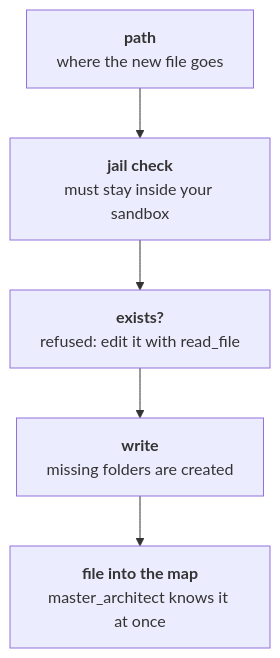
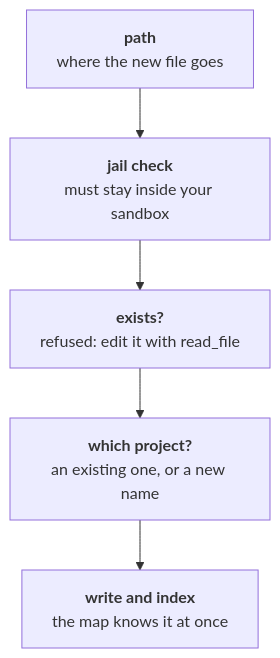
Before and after one commit to itamos-technologia/itamos-mcp-tools: diagram 11 of 16 in docs/PAPER.md, drawn with Mermaid. The commit also changed other lines of this file and 2 other files, not shown here.

````diff
--- a/docs/PAPER.md
+++ b/docs/PAPER.md
@@ -415,12 +414,12 @@
 ```mermaid
 flowchart TD
   n0["<b>path</b><br/>where the new file goes"]
   n1["<b>jail check</b><br/>must stay inside your sandbox"]
   n2["<b>exists?</b><br/>refused: edit it with read_file"]
-  n3["<b>write</b><br/>missing folders are created"]
-  n4["<b>file into the map</b><br/>master_architect knows it at once"]
+  n3["<b>which project?</b><br/>an existing one, or a new name"]
+  n4["<b>write and index</b><br/>the map knows it at once"]
   n0 --> n1
   n1 --> n2
   n2 --> n3
   n3 --> n4
 ```
````
